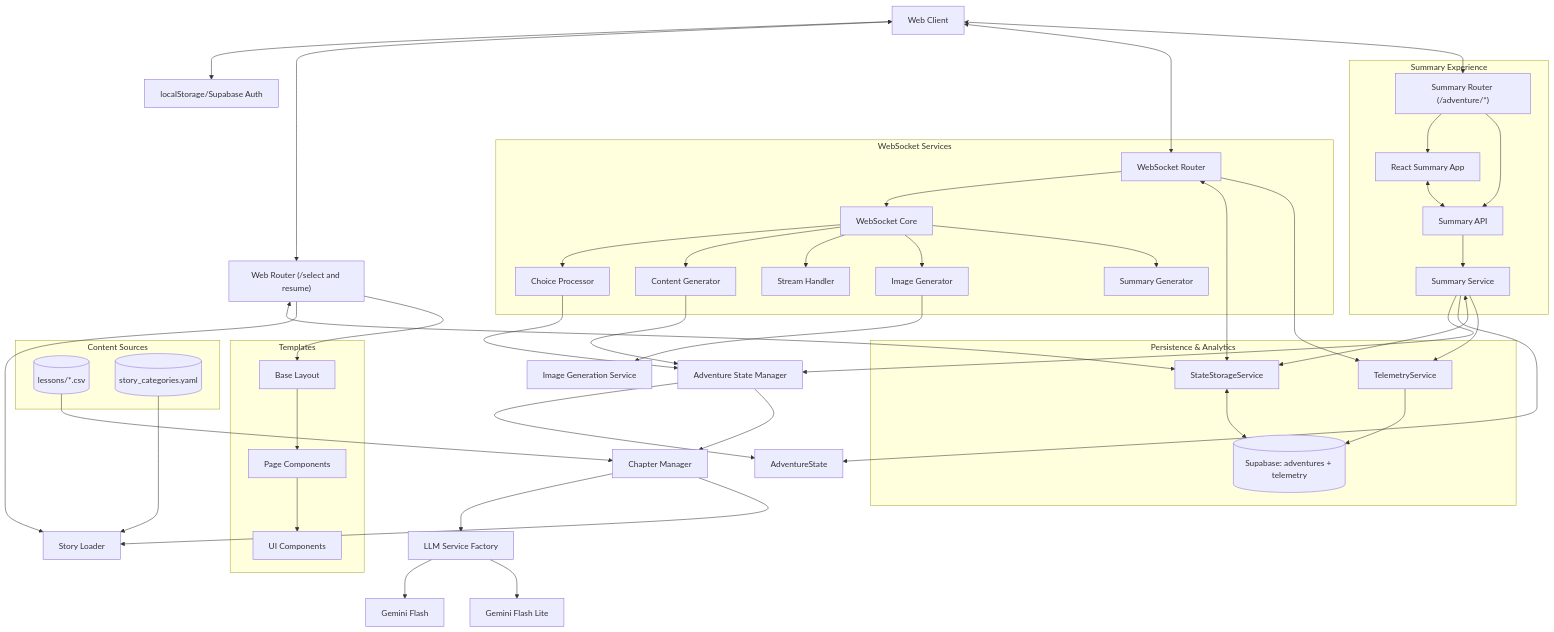
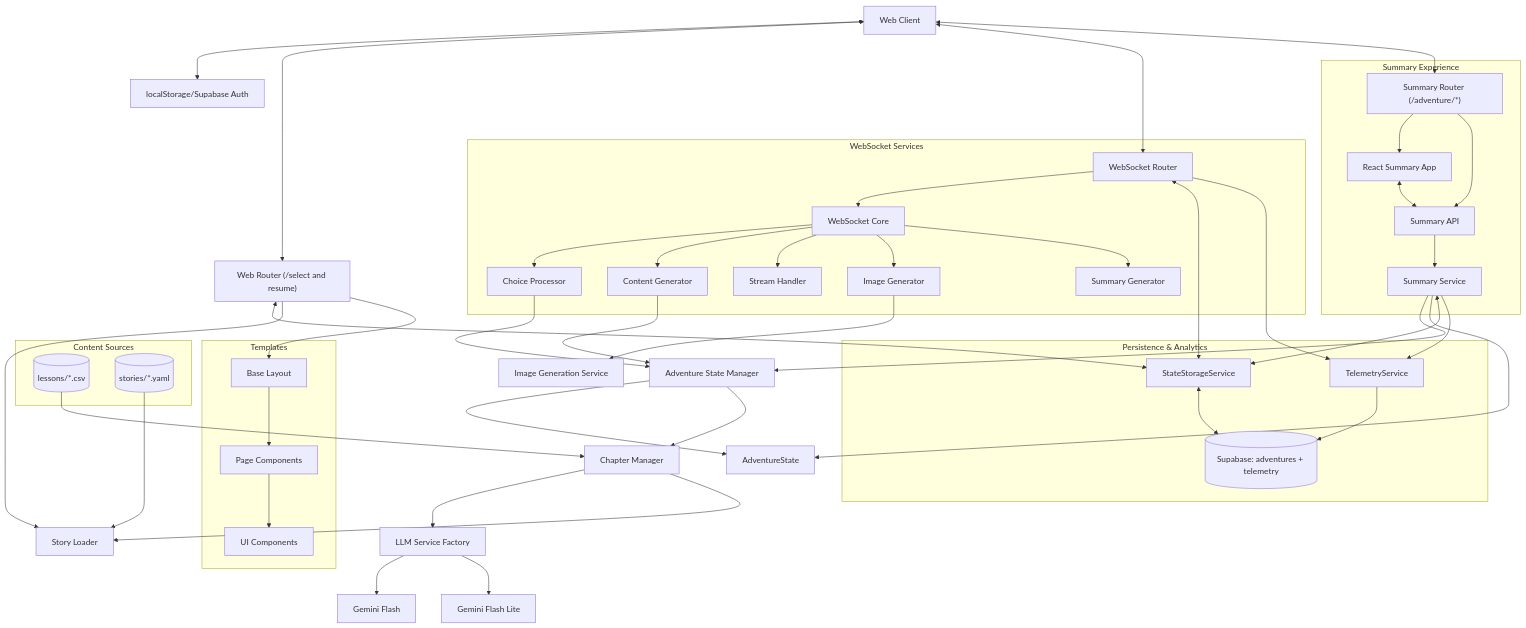
The diagram in README.md (DesmondChoy/adventures), drawn with Mermaid before and after one commit. The commit also changed other lines of this file, not shown here.

Commit message:
docs(readme): fix inaccurate architecture and font references
- Update architecture diagram to reflect actual story file structure
  (stories/*.yaml instead of non-existent story_categories.yaml)
- Correct font names in visual experience section (Cinzel Decorative,
  Playfair Display instead of Fredoka One which is not used)

Affected: README.md
Test Plan:
- Verified story files exist in app/data/stories/*.yaml
- Confirmed fonts in app/static/css/typography.css
Revert plan:
- git revert <commit-hash>

````diff
--- a/README.md
+++ b/README.md
@@ -44,76 +44,76 @@
 ```mermaid
 graph TD
     Client[Web Client]
     LP[localStorage/Supabase Auth]
     Client <--> LP
 
     WR["Web Router (/select and resume)"]
     WSR["WebSocket Router"]
     SR["Summary Router (/adventure/*)"]
 
     Client <--> WR
     Client <--> WSR
     Client <--> SR
 
     subgraph WebSocket Services
         WSR --> WSC[WebSocket Core]
         WSC --> CP[Choice Processor]
         WSC --> CG[Content Generator]
         WSC --> SH[Stream Handler]
         WSC --> IG[Image Generator]
         WSC --> SG[Summary Generator]
     end
 
     CP --> ASM[Adventure State Manager]
     CG --> ASM
     ASM --> AS[AdventureState]
     ASM --> CM[Chapter Manager]
     CM --> LLMF[LLM Service Factory]
     LLMF --> LLM[Gemini Flash]
     LLMF --> LLML[Gemini Flash Lite]
     CM --> SL[Story Loader]
     IG --> IMG[Image Generation Service]
 
     subgraph Summary Experience
         SR --> RSUM[React Summary App]
         SR --> SAPI[Summary API]
         RSUM <--> SAPI
         SAPI --> SUMS[Summary Service]
     end
 
     SUMS --> ASM
     SUMS --> AS
 
     subgraph Persistence & Analytics
         SSS[StateStorageService]
         TS[TelemetryService]
         DB[(Supabase: adventures + telemetry)]
     end
 
     WR <--> SSS
     WSR <--> SSS
     SUMS <--> SSS
     WSR --> TS
     SUMS --> TS
     TS --> DB
     SSS <--> DB
 
     subgraph Content Sources
         CSV[(lessons/*.csv)]
-        SF[(story_categories.yaml)]
+        SF[(stories/*.yaml)]
     end
 
     CSV --> CM
     SF --> SL
     WR --> SL
 
     subgraph Templates
         BL[Base Layout]
         PC[Page Components]
         UI[UI Components]
     end
 
     WR --> BL
     BL --> PC
     PC --> UI
 ```
````
